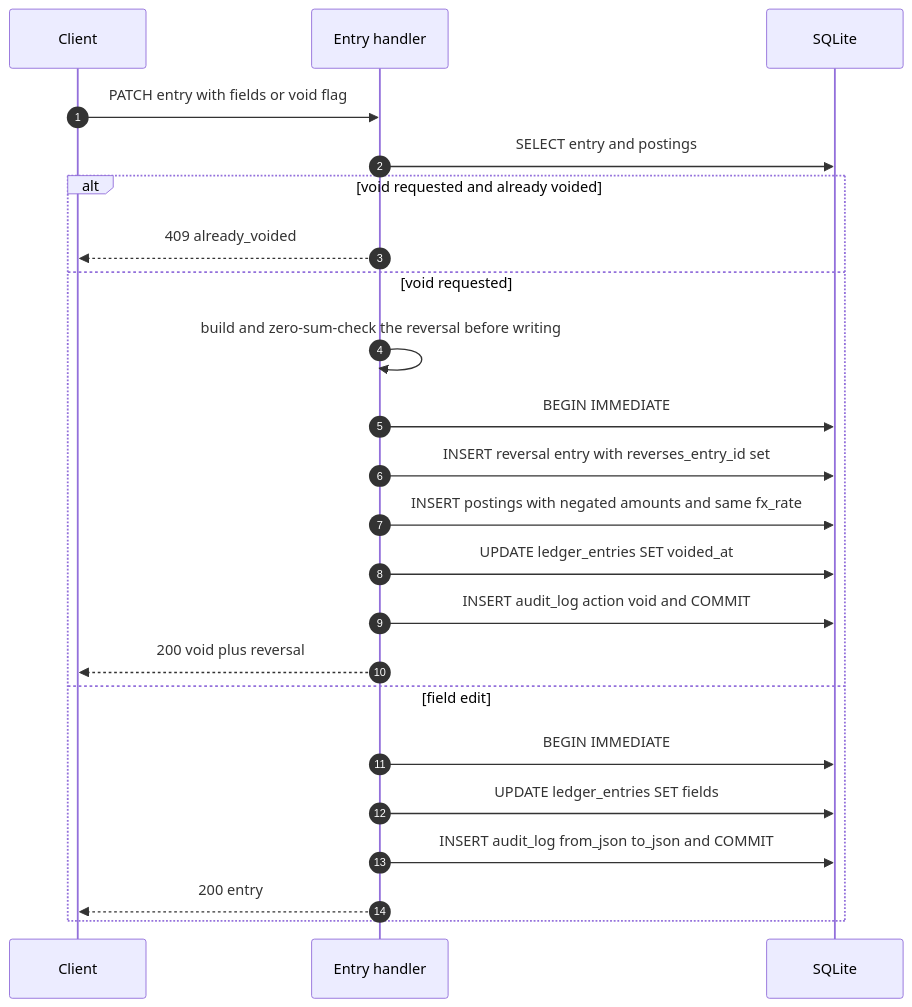
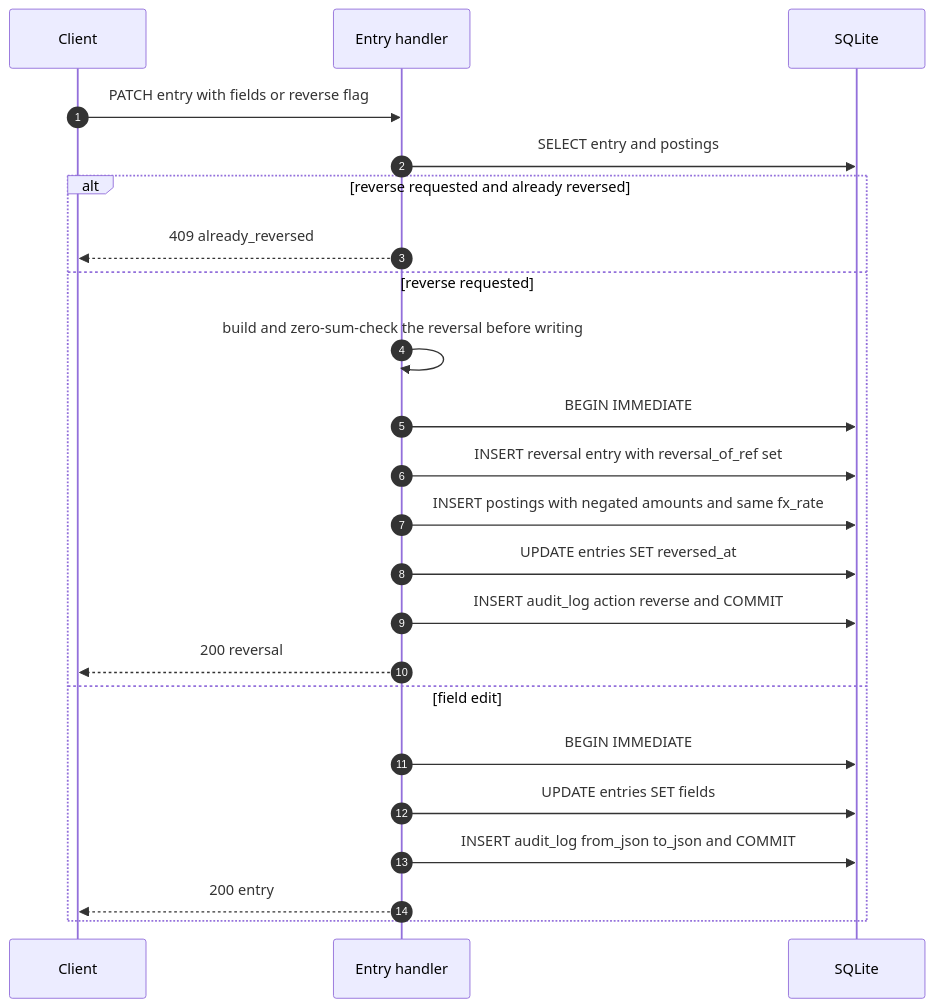
The tenth of 20 diagrams in docs/v2-api.md (dimasbaguspm/spenicle), drawn with Mermaid before and after one commit. The commit also changed other lines of this file and 113 other files, not shown here.

Commit message:
refactor(api)!: rename void to reverse and the ledger tables

````diff
--- a/docs/v2-api.md
+++ b/docs/v2-api.md
@@ -767,25 +767,25 @@
 ```mermaid
 sequenceDiagram
     autonumber
     participant UI as Client
     participant API as Entry handler
     participant DB as SQLite
-    UI->>API: PATCH entry with fields or void flag
+    UI->>API: PATCH entry with fields or reverse flag
     API->>DB: SELECT entry and postings
-    alt void requested and already voided
-        API-->>UI: 409 already_voided
-    else void requested
+    alt reverse requested and already reversed
+        API-->>UI: 409 already_reversed
+    else reverse requested
         API->>API: build and zero-sum-check the reversal before writing
         API->>DB: BEGIN IMMEDIATE
-        API->>DB: INSERT reversal entry with reverses_entry_id set
+        API->>DB: INSERT reversal entry with reversal_of_ref set
         API->>DB: INSERT postings with negated amounts and same fx_rate
-        API->>DB: UPDATE ledger_entries SET voided_at
-        API->>DB: INSERT audit_log action void and COMMIT
-        API-->>UI: 200 void plus reversal
+        API->>DB: UPDATE entries SET reversed_at
+        API->>DB: INSERT audit_log action reverse and COMMIT
+        API-->>UI: 200 reversal
     else field edit
         API->>DB: BEGIN IMMEDIATE
-        API->>DB: UPDATE ledger_entries SET fields
+        API->>DB: UPDATE entries SET fields
         API->>DB: INSERT audit_log from_json to_json and COMMIT
         API-->>UI: 200 entry
     end
 ```
````
